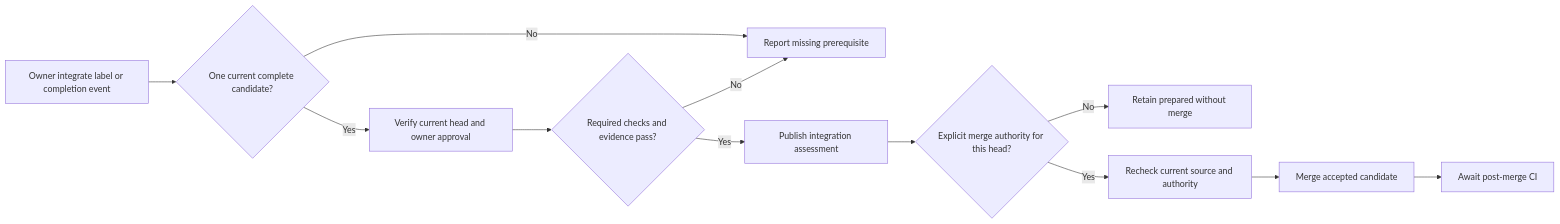
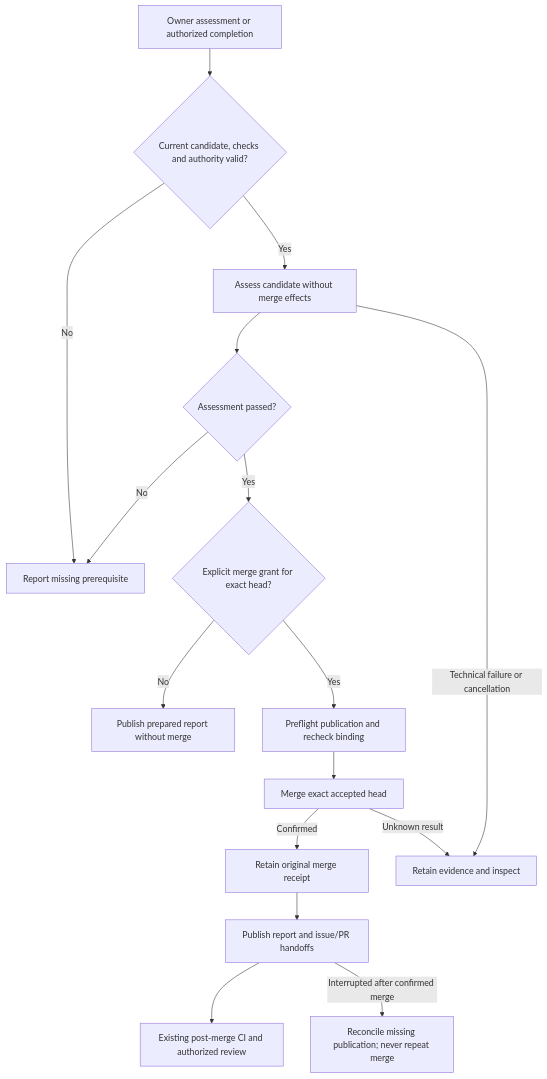
The diagram in docs/architecture/06-runtime-view/integrate.md (juangcarmona/lighthouse), drawn with Mermaid before and after one commit. The commit also changed other lines of this file and 17 other files, not shown here.

Commit message:
docs(sdlc): reconcile worker catalogue with installed recovery and reporting (#140)

````diff
--- a/docs/architecture/06-runtime-view/integrate.md
+++ b/docs/architecture/06-runtime-view/integrate.md
@@ -5,16 +5,20 @@
 ```mermaid
-flowchart LR
+flowchart TD
     accTitle: Integrate
-    accDescr: Integration assesses an implementation candidate against its current approvals, required checks and retained evidence. Only a separately authorized merge path can merge that candidate.
-    Request[Owner integrate label or completion event] --> Candidate{One current complete candidate?}
-    Candidate -->|No| Block[Report missing prerequisite]
-    Candidate -->|Yes| Validate[Verify current head and owner approval]
-    Validate --> Checks{Required checks and evidence pass?}
-    Checks -->|No| Block
-    Checks -->|Yes| Assessment[Publish integration assessment]
-    Assessment --> Authority{Explicit merge authority for this head?}
-    Authority -->|No| Prepared[Retain prepared without merge]
-    Authority -->|Yes| Fresh[Recheck current source and authority]
-    Fresh --> Merge[Merge accepted candidate]
-    Merge --> CI[Await post-merge CI]
+    accDescr: The host assesses the current candidate, rechecks separate merge authority, retains a confirmed merge receipt and only then publishes the merged report. Unknown effects require reconciliation.
+    Request[Owner assessment or authorized completion] --> Gate{Current candidate, checks and authority valid?}
+    Gate -->|No| Block[Report missing prerequisite]
+    Gate -->|Yes| Assess[Assess candidate without merge effects]
+    Assess --> Passed{Assessment passed?}
+    Passed -->|No| Block
+    Passed -->|Yes| Authority{Explicit merge grant for exact head?}
+    Authority -->|No| Prepared[Publish prepared report without merge]
+    Authority -->|Yes| Fresh[Preflight publication and recheck binding]
+    Fresh --> Merge[Merge exact accepted head]
+    Merge -->|Confirmed| Receipt[Retain original merge receipt]
+    Receipt --> Publish[Publish report and issue/PR handoffs]
+    Publish --> CI[Existing post-merge CI and authorized review]
+    Assess -->|Technical failure or cancellation| Failure[Retain evidence and inspect]
+    Merge -->|Unknown result| Failure
+    Publish -->|Interrupted after confirmed merge| Recovery[Reconcile missing publication; never repeat merge]
 ```
````
